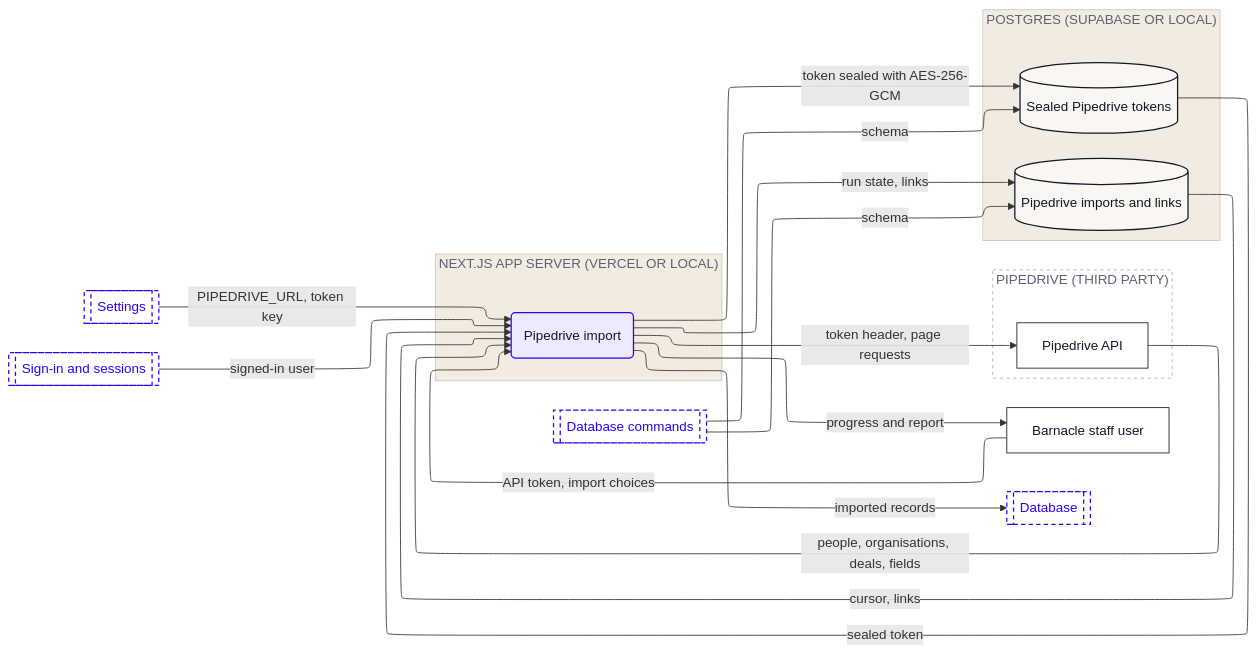
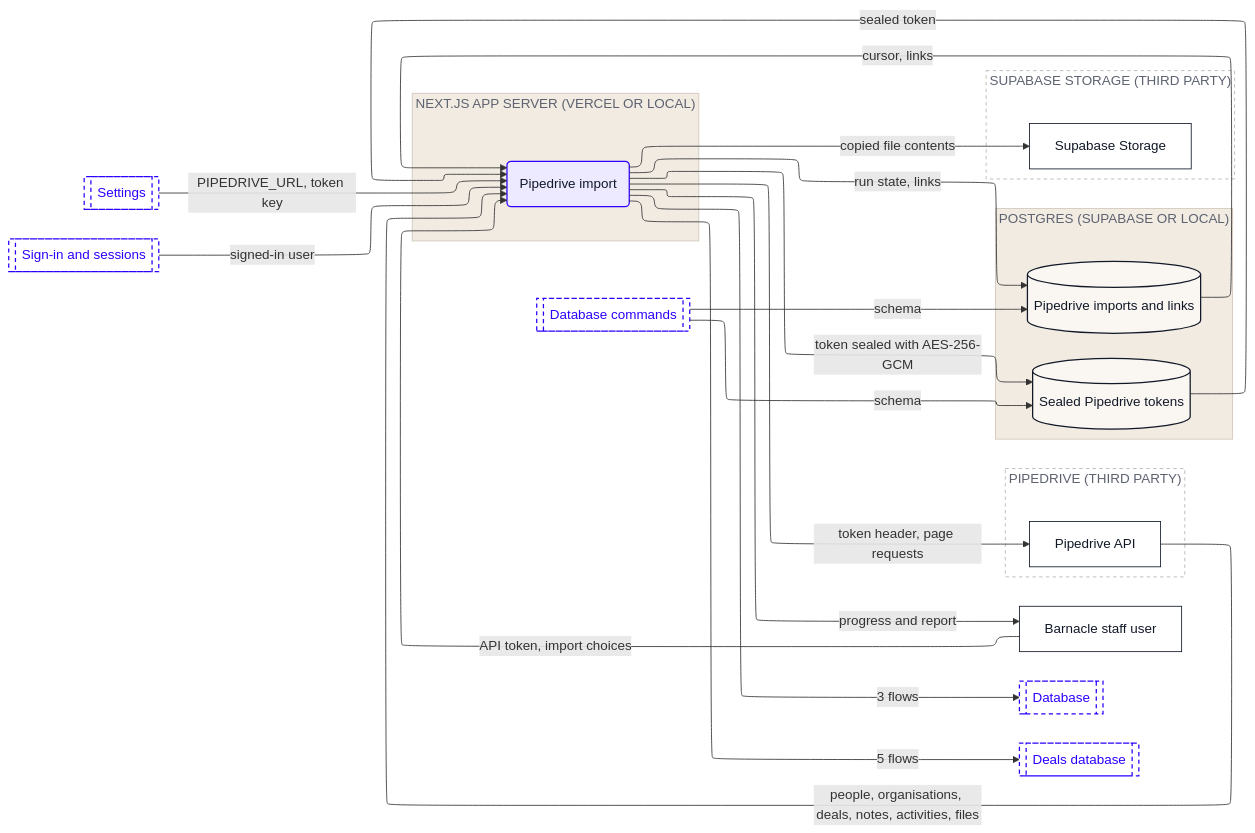
Diagram 11 of 16 in dataflow/DATAFLOW.md (Romain-Perche/Barnacle-Pipe), drawn with Mermaid before and after one commit. The commit also changed other lines of this file and 6 other files, not shown here.

````diff
--- a/dataflow/DATAFLOW.md
+++ b/dataflow/DATAFLOW.md
@@ -712,48 +722,55 @@
 ```mermaid
 ---
 config:
   layout: elk
 ---
 flowchart LR
     n1["Barnacle staff user"]
     subgraph z1["NEXT.JS APP SERVER (VERCEL OR LOCAL)"]
         n2("Pipedrive import")
     end
     subgraph z2["PIPEDRIVE (THIRD PARTY)"]
         n3["Pipedrive API"]
     end
     subgraph z3["POSTGRES (SUPABASE OR LOCAL)"]
         n4[("Sealed Pipedrive tokens")]
         n5[("Pipedrive imports and links")]
     end
-    n6[["Database"]]
-    n7[["Database commands"]]
-    n8[["Settings"]]
-    n9[["Sign-in and sessions"]]
-    n8 -->|"PIPEDRIVE_URL, token key"| n2
-    n7 -->|"schema"| n4
-    n7 -->|"schema"| n5
-    n3 -->|"people, organisations, deals, fields"| n2
+    subgraph z4["SUPABASE STORAGE (THIRD PARTY)"]
+        n6["Supabase Storage"]
+    end
+    n7[["Database"]]
+    n8[["Database commands"]]
+    n9[["Deals database"]]
+    n10[["Settings"]]
+    n11[["Sign-in and sessions"]]
+    n10 -->|"PIPEDRIVE_URL, token key"| n2
+    n8 -->|"schema"| n4
+    n8 -->|"schema"| n5
+    n3 -->|"people, organisations, deals, notes, activities, files"| n2
     n4 -->|"sealed token"| n2
-    n2 -->|"imported records"| n6
+    n2 -->|"3 flows"| n7
+    n2 -->|"5 flows"| n9
     n2 -->|"token header, page requests"| n3
     n2 -->|"token sealed with AES-256-GCM"| n4
     n2 -->|"run state, links"| n5
     n2 -->|"progress and report"| n1
+    n2 -->|"copied file contents"| n6
     n5 -->|"cursor, links"| n2
-    n9 -->|"signed-in user"| n2
+    n11 -->|"signed-in user"| n2
     n1 -->|"API token, import choices"| n2
     classDef actor fill:#FFFFFF,stroke:#111827,stroke-width:1px,color:#111827
     classDef process fill:#EDEAFF,stroke:#2B00FF,stroke-width:1.5px,color:#111827
     classDef store fill:#FAF6F1,stroke:#111827,stroke-width:1.5px,color:#111827
     classDef zone fill:#1A1A1A,stroke:#1A1A1A,color:#FFFFFF
     classDef group fill:#2B00FF,stroke:#2B00FF,color:#FFFFFF
     classDef stub fill:#FFFFFF,stroke:#2B00FF,stroke-width:1.5px,stroke-dasharray:5 4,color:#2B00FF
-    class n1,n3 actor
+    class n1,n3,n6 actor
     class n2 process
     class n4,n5 store
-    class n6,n7,n8,n9 stub
+    class n7,n8,n9,n10,n11 stub
     style z1 fill:#F1EBE2,stroke:#CFC7BB,color:#5D6270
     style z2 fill:#FFFFFF,stroke:#B9B2A8,stroke-dasharray:4 4,color:#5D6270
     style z3 fill:#F1EBE2,stroke:#CFC7BB,color:#5D6270
+    style z4 fill:#FFFFFF,stroke:#B9B2A8,stroke-dasharray:4 4,color:#5D6270
 ```
````
